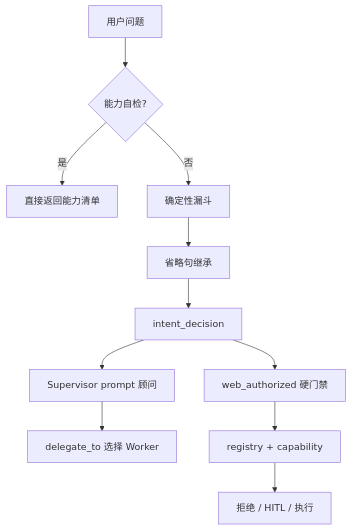
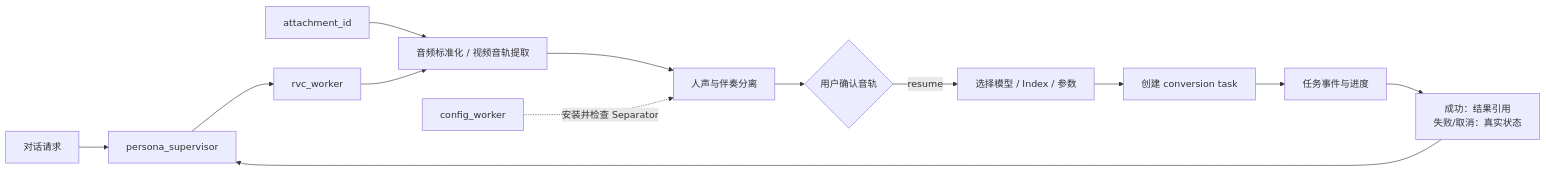
The sixth of 7 diagrams in diagrams/README.md (TKGEKKOU/yumeno), drawn with Mermaid before and after one commit. The commit also changed other lines of this file and 10 other files, not shown here.

Commit message:
docs: refine README and architecture diagrams

````diff
--- a/diagrams/README.md
+++ b/diagrams/README.md
@@ -88,14 +163,17 @@
 ```mermaid
-%% 意图是分层信号 + 硬门禁，不是单一路由器
-flowchart TD
-  Q[用户问题] --> Cap{"能力自检?"}
-  Cap -->|是| List[直接返回能力清单]
-  Cap -->|否| Funnel[确定性漏斗]
-  Funnel --> Inherit[省略句继承]
-  Inherit --> Dec[intent_decision]
-  Dec --> Hint[Supervisor prompt 顾问]
-  Dec --> Gate[web_authorized 硬门禁]
-  Hint --> Del[delegate_to 选择 Worker]
-  Gate --> Mid[registry + capability]
-  Mid --> Act[拒绝 / HITL / 执行]
+%% RVC 文件型长任务：引用 ID 在各阶段传递，不暴露本地路径
+flowchart LR
+  MSG[对话请求] --> SUP[persona_supervisor]
+  SUP --> W[rvc_worker]
+  ATT[attachment_id] --> PRE[音频标准化 / 视频音轨提取]
+  W --> PRE
+  PRE --> SEP[人声与伴奏分离]
+  SEP --> APPROVE{用户确认音轨}
+  APPROVE -->|resume| MODEL[选择模型 / Index / 参数]
+  MODEL --> TASK[创建 conversion task]
+  TASK --> EVENT[任务事件与进度]
+  EVENT --> RESULT[成功：结果引用
+失败/取消：真实状态]
+  RESULT --> SUP
+  CFG[config_worker] -.安装并检查 Separator.-> SEP
 ```
````
